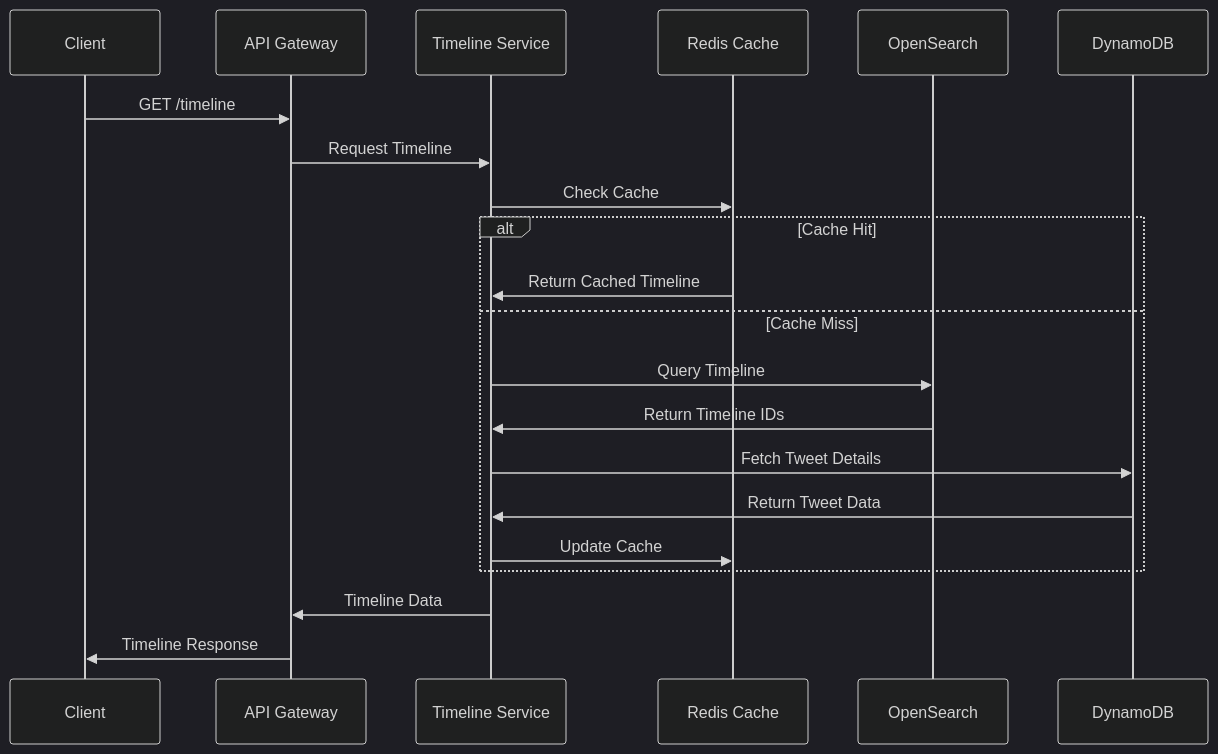
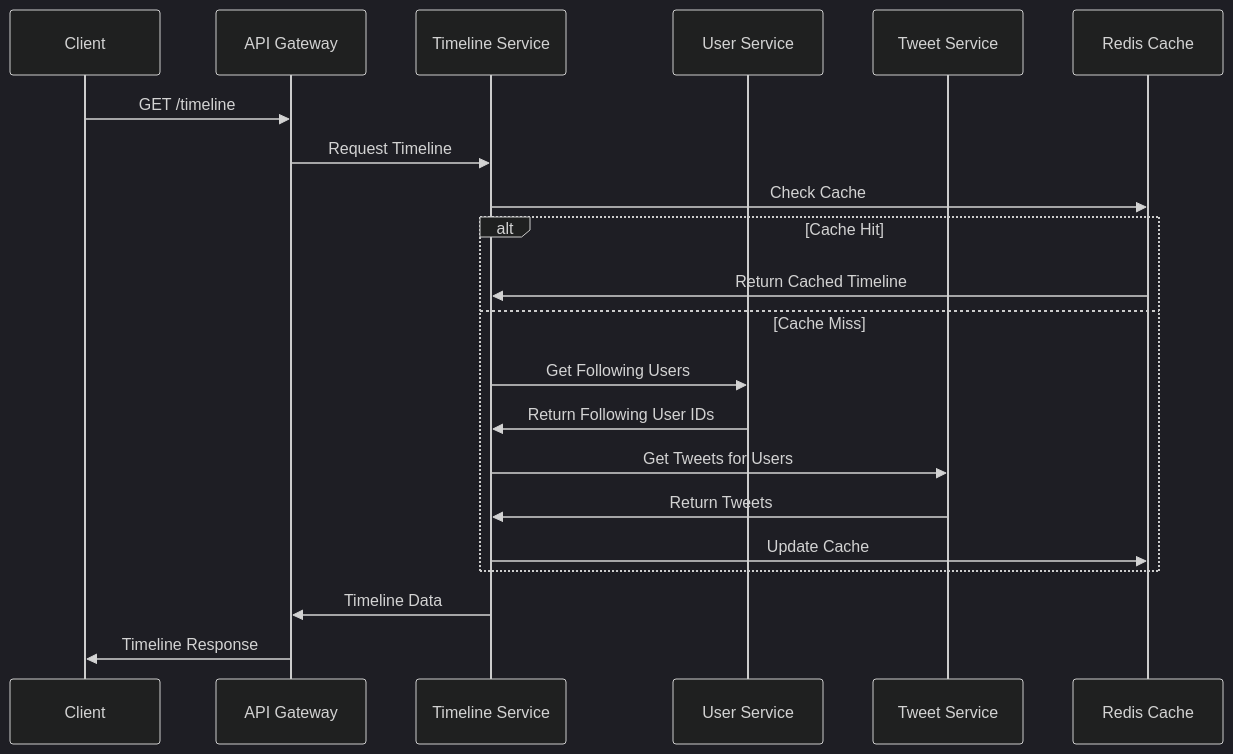
Before and after one commit to lisandropascuali/twitter-app: the third of 5 diagrams in architecture.md, drawn with Mermaid (dark theme). The commit also changed other lines of this file and 1 other file, not shown here.

Commit message:
chore: update architecture

````diff
--- a/architecture.md
+++ b/architecture.md
@@ -90,24 +84,24 @@
 ```mermaid
 sequenceDiagram
     participant C as Client
     participant AG as API Gateway
     participant TLS as Timeline Service
+    participant US as User Service
+    participant TS as Tweet Service
     participant R as Redis Cache
-    participant OS as OpenSearch
-    participant DDB as DynamoDB
 
     C->>AG: GET /timeline
     AG->>TLS: Request Timeline
     TLS->>R: Check Cache
     alt Cache Hit
         R->>TLS: Return Cached Timeline
     else Cache Miss
-        TLS->>OS: Query Timeline
-        OS->>TLS: Return Timeline IDs
-        TLS->>DDB: Fetch Tweet Details
-        DDB->>TLS: Return Tweet Data
+        TLS->>US: Get Following Users
+        US->>TLS: Return Following User IDs
+        TLS->>TS: Get Tweets for Users
+        TS->>TLS: Return Tweets
         TLS->>R: Update Cache
     end
     TLS->>AG: Timeline Data
     AG->>C: Timeline Response
 ```
````
